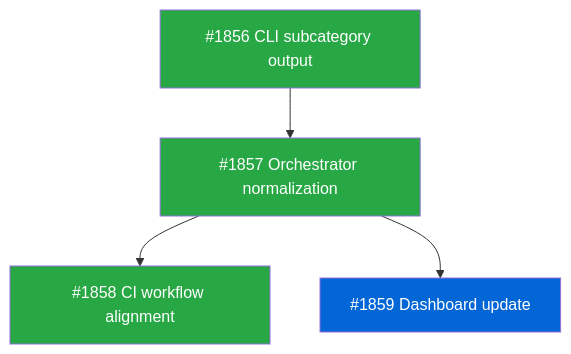
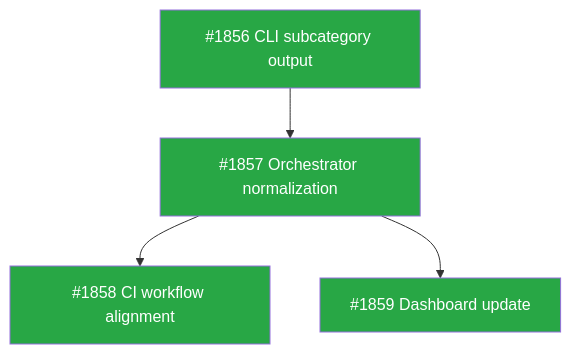
The diagram in docs/designs/DESIGN-structured-error-subcategories.md (tsukumogami/tsuku), drawn with Mermaid before and after one commit. The commit also changed other lines of this file and 10 other files, not shown here.

````diff
--- a/docs/designs/DESIGN-structured-error-subcategories.md
+++ b/docs/designs/DESIGN-structured-error-subcategories.md
@@ -49,21 +49,21 @@
 ```mermaid
 graph TD
     classDef done fill:#28a745,color:#fff
     classDef ready fill:#0366d6,color:#fff
     classDef blocked fill:#ffd33d,color:#000
     classDef needsDesign fill:#6f42c1,color:#fff
 
     I1856["#1856 CLI subcategory output"]
     I1857["#1857 Orchestrator normalization"]
     I1858["#1858 CI workflow alignment"]
     I1859["#1859 Dashboard update"]
 
     I1856 --> I1857
     I1857 --> I1858
     I1857 --> I1859
 
     class I1856 done
     class I1857 done
     class I1858 done
-    class I1859 ready
+    class I1859 done
 ```
````
